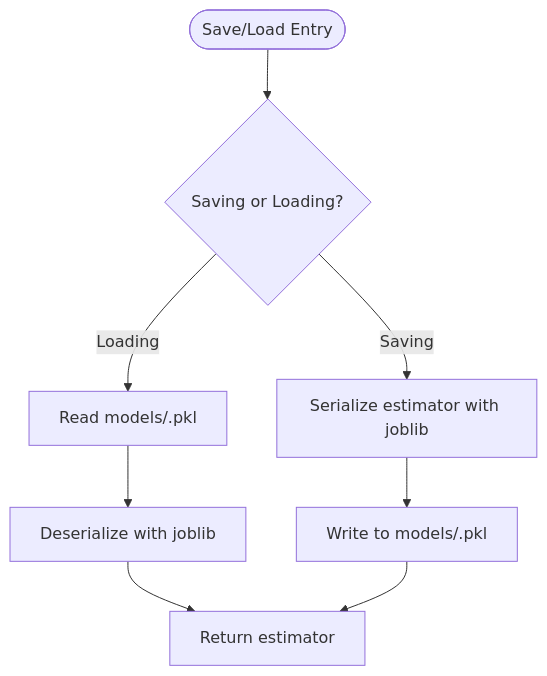
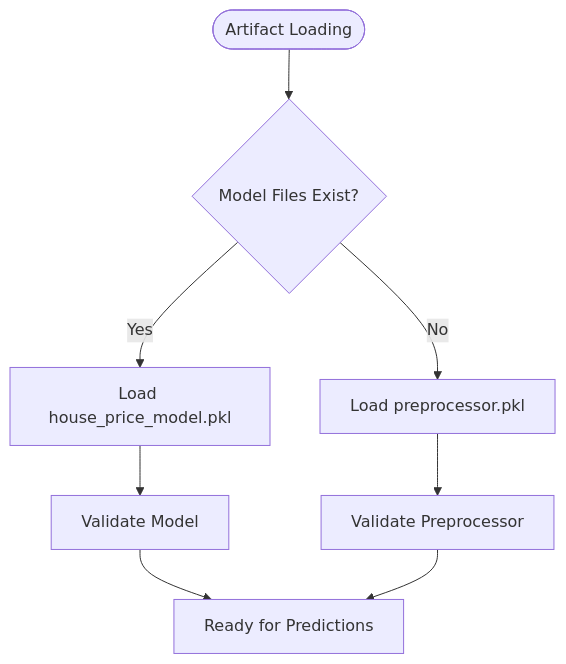
Before and after one commit to tashkirrr/housing-price-prediction: the third of 7 diagrams in .qoder/repowiki/en/content/Model Management.md, drawn with Mermaid. The commit also changed other lines of this file and 9 other files, not shown here.

````diff
--- a/.qoder/repowiki/en/content/Model Management.md
+++ b/.qoder/repowiki/en/content/Model Management.md
@@ -156,10 +146,10 @@
 ```mermaid
 flowchart TD
-Start(["Save/Load Entry"]) --> SaveCheck{"Saving or Loading?"}
-SaveCheck --> |Saving| Serialize["Serialize estimator with joblib"]
-Serialize --> WriteFS["Write to models/<name>.pkl"]
-SaveCheck --> |Loading| ReadFS["Read models/<name>.pkl"]
-ReadFS --> Deserialize["Deserialize with joblib"]
-Deserialize --> ReturnObj["Return estimator"]
-WriteFS --> ReturnObj
+Start(["Artifact Loading"]) --> CheckFiles{"Model Files Exist?"}
+CheckFiles --> |Yes| LoadModel["Load house_price_model.pkl"]
+CheckFiles --> |No| LoadPreproc["Load preprocessor.pkl"]
+LoadModel --> ValidateModel["Validate Model"]
+LoadPreproc --> ValidatePreproc["Validate Preprocessor"]
+ValidateModel --> Ready["Ready for Predictions"]
+ValidatePreproc --> Ready
 ```
````
